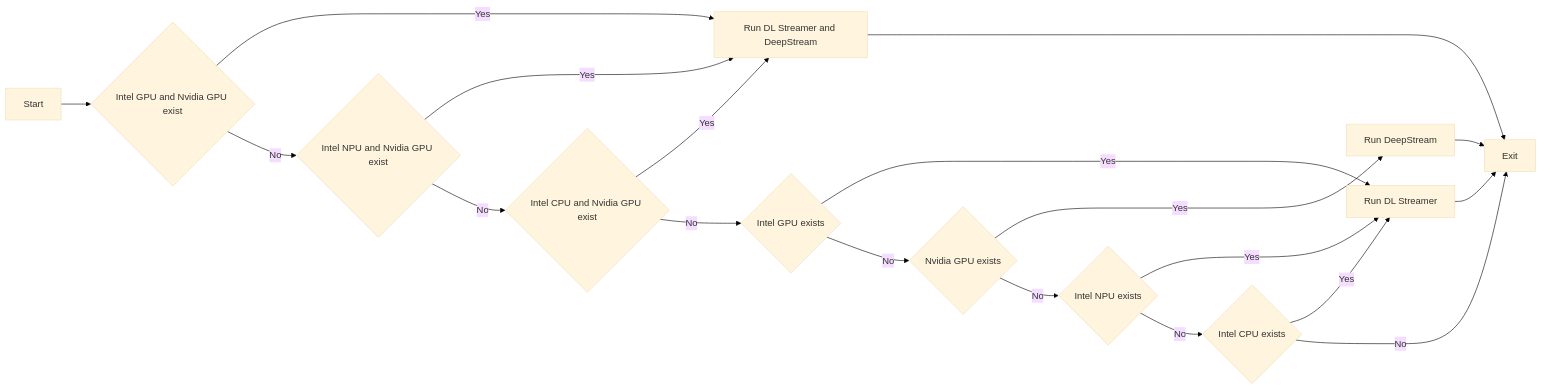
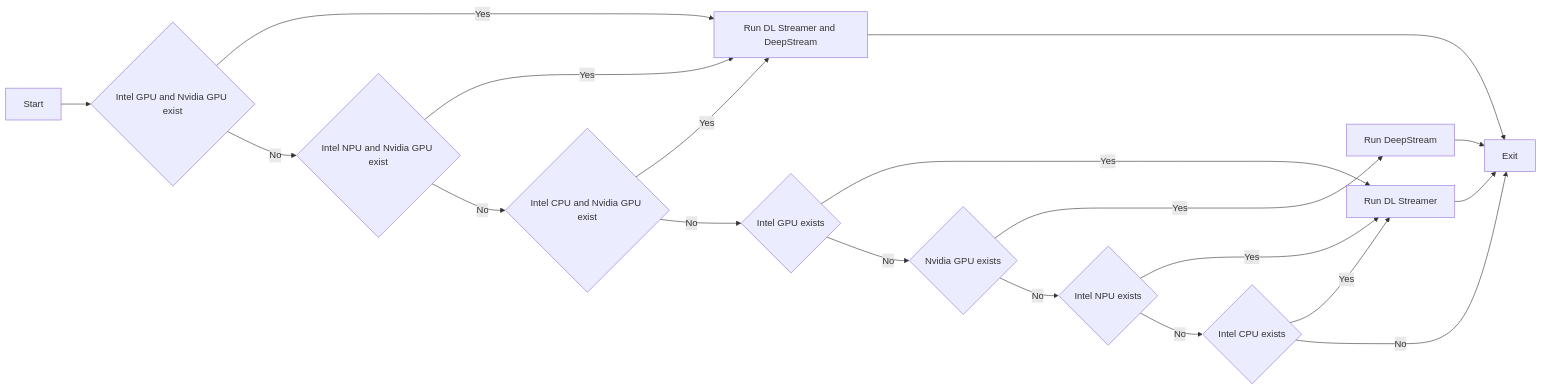
One commit to open-edge-platform/dlstreamer changed the diagram in docs/user-guide/dev_guide/dlstreamer-deepstream-coexistence.md. Above: the diagram before and after it, drawn with Mermaid.

Commit message:
Fixed documentation for DL Streamer and DeepStream coexistence, part3

````diff
--- a/docs/user-guide/dev_guide/dlstreamer-deepstream-coexistence.md
+++ b/docs/user-guide/dev_guide/dlstreamer-deepstream-coexistence.md
@@ -75,22 +75,35 @@
 ```mermaid
-%%{ init : { "theme" : "base", "themeVariables" : { "background" : "#ffffff" }}}%%
+%%{init: {
+  'theme': 'base',
+  'themeVariables': {
+    'primaryColor': '#ffffff',
+    'primaryTextColor': '#000000',
+    'primaryBorderColor': '#000000',
+    'lineColor': '#000000',
+    'secondaryColor': '#f0f0f0',
+    'tertiaryColor': '#ffffff',
+    'mainBkg': '#ffffff',
+    'nodeTextColor': '#000000',
+    'nodeBorder': '#000000'
+  }
+}%%
 flowchart LR
     A[Start] --> B{Intel GPU and Nvidia GPU exist}
     B -->|Yes| C[Run DL Streamer and DeepStream]
 	B -->|No| D{Intel NPU and Nvidia GPU exist}
 	D -->|Yes| C
 	D -->|No| E{Intel CPU and Nvidia GPU exist}
 	E -->|Yes| C
 	E -->|No| F{Intel GPU exists}
 	F -->|Yes| G[Run DL Streamer]
 	F -->|No| H{Nvidia GPU exists}
 	H -->|Yes| I[Run DeepStream]
 	H -->|No| J{Intel NPU exists}
 	J -->|Yes| G
 	J -->|No| K{Intel CPU exists}
 	K -->|Yes| G
 	K -->|No| L[Exit]
 	C --> L
 	G --> L
 	I --> L
 ```
````
